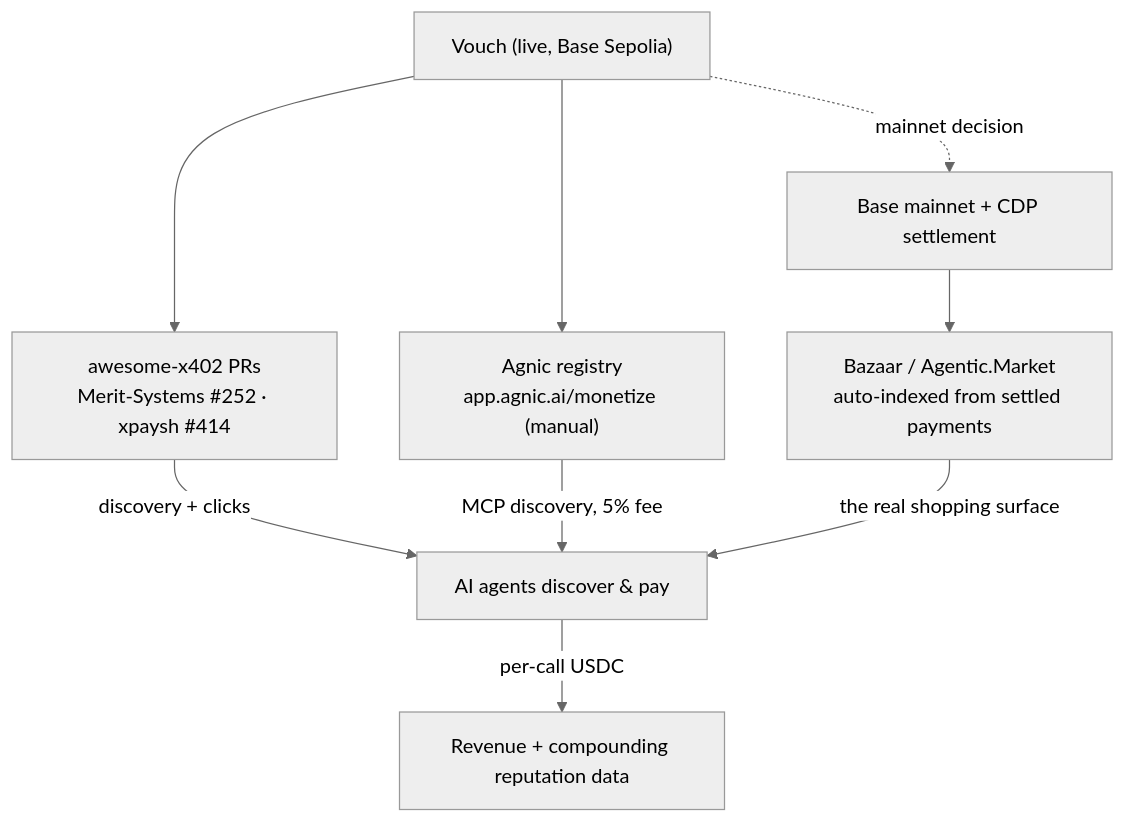
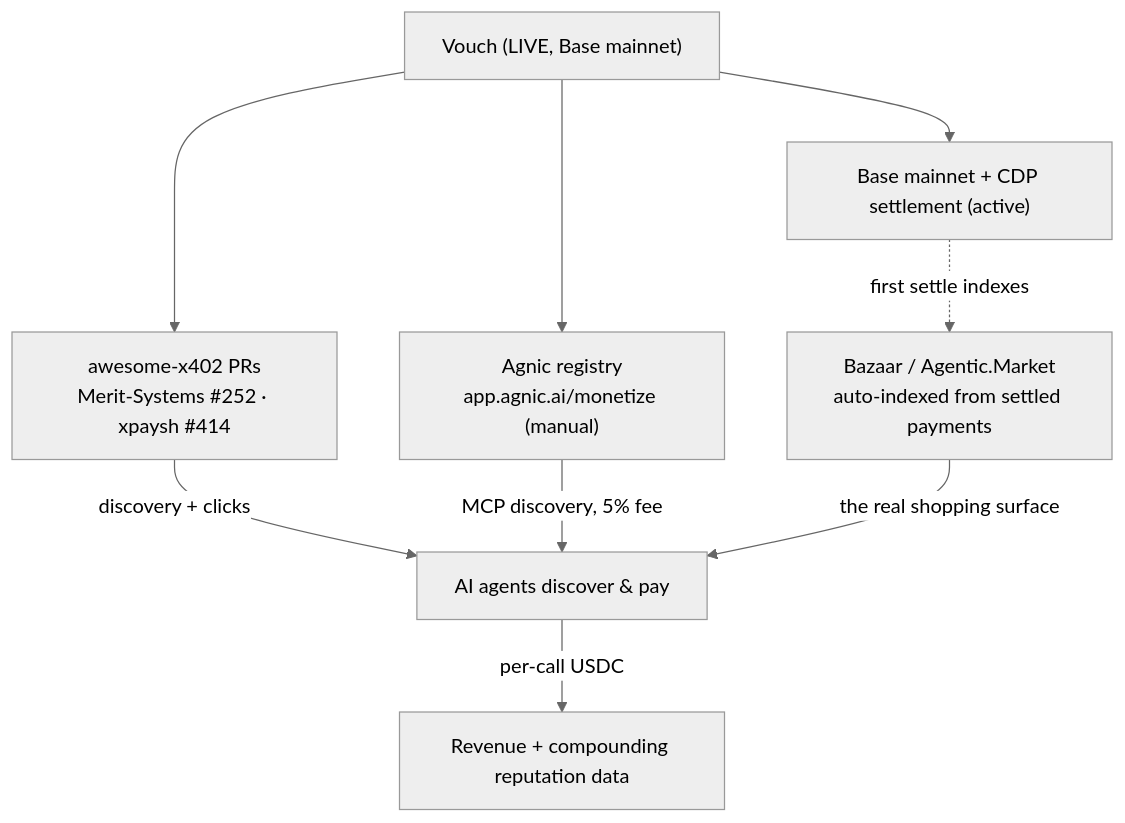
The eighth of 10 diagrams in docs/DIAGRAMS.md (notifuturo/vouch), drawn with Mermaid (neutral theme) before and after one commit. The commit also changed other lines of this file and 8 other files, not shown here.

````diff
--- a/docs/DIAGRAMS.md
+++ b/docs/DIAGRAMS.md
@@ -226,14 +233,14 @@
 ```mermaid
 flowchart TB
-    V["Vouch (live, Base Sepolia)"]
+    V["Vouch (LIVE, Base mainnet)"]
 
     V --> AW["awesome-x402 PRs<br/>Merit-Systems #252 · xpaysh #414"]
     V --> AG["Agnic registry<br/>app.agnic.ai/monetize (manual)"]
-    V -. mainnet decision .-> MN["Base mainnet + CDP settlement"]
-    MN --> BZ["Bazaar / Agentic.Market<br/>auto-indexed from settled payments"]
+    V --> MN["Base mainnet + CDP settlement (active)"]
+    MN -. first settle indexes .-> BZ["Bazaar / Agentic.Market<br/>auto-indexed from settled payments"]
 
     AW -->|"discovery + clicks"| AGENTS["AI agents discover & pay"]
     AG -->|"MCP discovery, 5% fee"| AGENTS
     BZ -->|"the real shopping surface"| AGENTS
     AGENTS -->|"per-call USDC"| REV["Revenue + compounding reputation data"]
 ```
````
